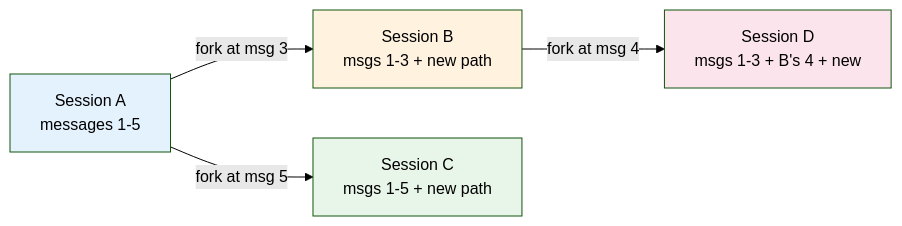
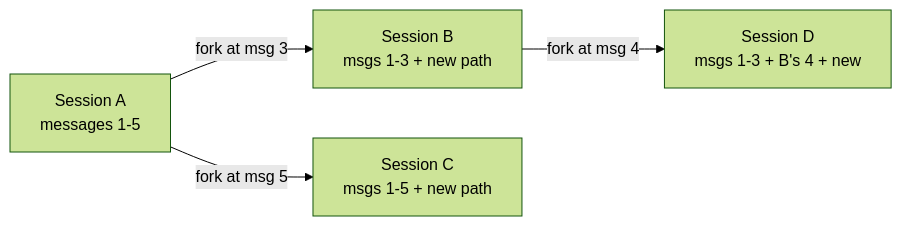
The eighth of 9 diagrams in articles/punching-in-building-an-office-for-ai-agents.md (smeltery/bureau), drawn with Mermaid (forest theme) before and after one commit. The commit also changed other lines of this file, not shown here.

First line of the commit message:
fix: remove colored fills from Mermaid diagrams for readability

````diff
--- a/articles/punching-in-building-an-office-for-ai-agents.md
+++ b/articles/punching-in-building-an-office-for-ai-agents.md
@@ -478,11 +470,7 @@
 ```mermaid
 graph LR
     S1["Session A<br/>messages 1-5"] -->|fork at msg 3| S2["Session B<br/>msgs 1-3 + new path"]
     S1 -->|fork at msg 5| S3["Session C<br/>msgs 1-5 + new path"]
     S2 -->|fork at msg 4| S4["Session D<br/>msgs 1-3 + B's 4 + new"]
 
-    style S1 fill:#e3f2fd
-    style S2 fill:#fff3e0
-    style S3 fill:#e8f5e9
-    style S4 fill:#fce4ec
 ```
````
